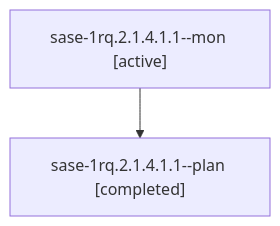
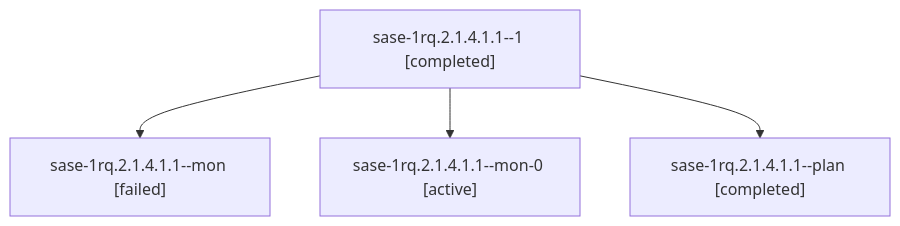
One commit to sase-org/sase--agents changed the diagram in sessions/bbugyi200.athena.sase-1rq.2.1.4.1.1.md. Above: the diagram before and after it, drawn with Mermaid. The commit also changed other lines of this file and 149 other files, not shown here.

````diff
--- a/sessions/bbugyi200.athena.sase-1rq.2.1.4.1.1.md
+++ b/sessions/bbugyi200.athena.sase-1rq.2.1.4.1.1.md
@@ -9,6 +9,10 @@
 ```mermaid
 flowchart TD
-  n0["sase-1rq.2.1.4.1.1--mon [active]"]
-  n1["sase-1rq.2.1.4.1.1--plan [completed]"]
+  n0["sase-1rq.2.1.4.1.1--1 [completed]"]
+  n1["sase-1rq.2.1.4.1.1--mon [failed]"]
   n0 --> n1
+  n2["sase-1rq.2.1.4.1.1--mon-0 [active]"]
+  n0 --> n2
+  n3["sase-1rq.2.1.4.1.1--plan [completed]"]
+  n0 --> n3
 ```
````
